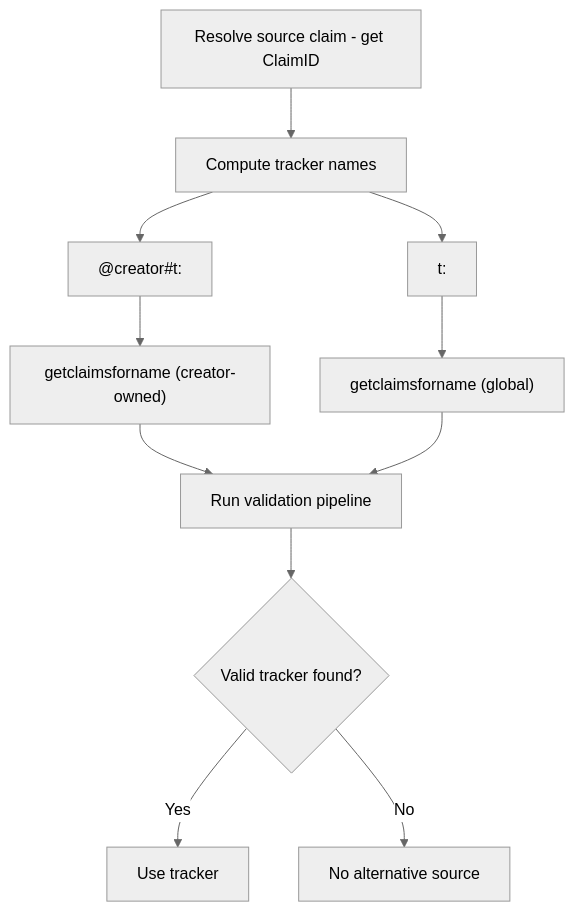
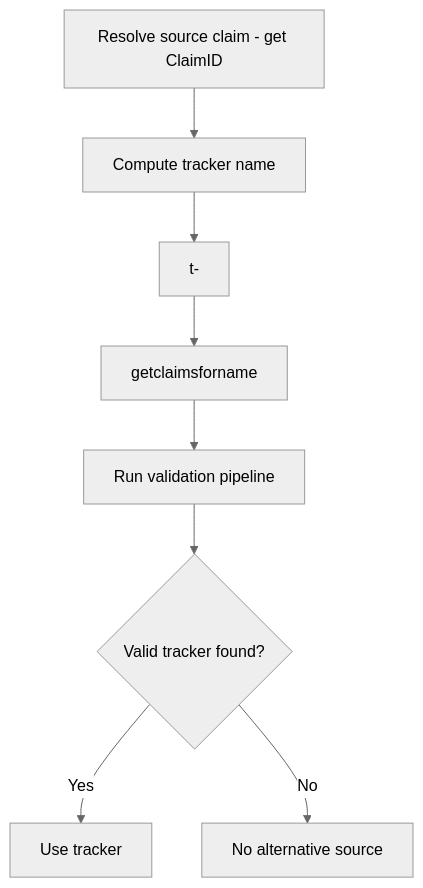
The first of 3 diagrams in docs/claim-naming.md (LumeWeb/tracker-protocol), drawn with Mermaid (neutral theme) before and after one commit. The commit also changed other lines of this file, not shown here.

First line of the commit message:
fix: correct claim naming schemes and document claim value format

````diff
--- a/docs/claim-naming.md
+++ b/docs/claim-naming.md
@@ -96,13 +163,10 @@
 ```mermaid
 flowchart TD
-    A[Resolve source claim - get ClaimID] --> B[Compute tracker names]
-    B --> C["@creator#t:<hex(claim_id)>"]
-    B --> D["t:<hex(claim_id)>"]
-    C --> E["getclaimsforname (creator-owned)"]
-    D --> F["getclaimsforname (global)"]
-    E --> G[Run validation pipeline]
-    F --> G
-    G --> H{Valid tracker found?}
-    H -->|Yes| I[Use tracker]
-    H -->|No| J[No alternative source]
+    A[Resolve source claim - get ClaimID] --> B[Compute tracker name]
+    B --> C["t-<hex(claim_id)>"]
+    C --> D["getclaimsforname"]
+    D --> E[Run validation pipeline]
+    E --> F{Valid tracker found?}
+    F -->|Yes| G[Use tracker]
+    F -->|No| H[No alternative source]
 ```
````
